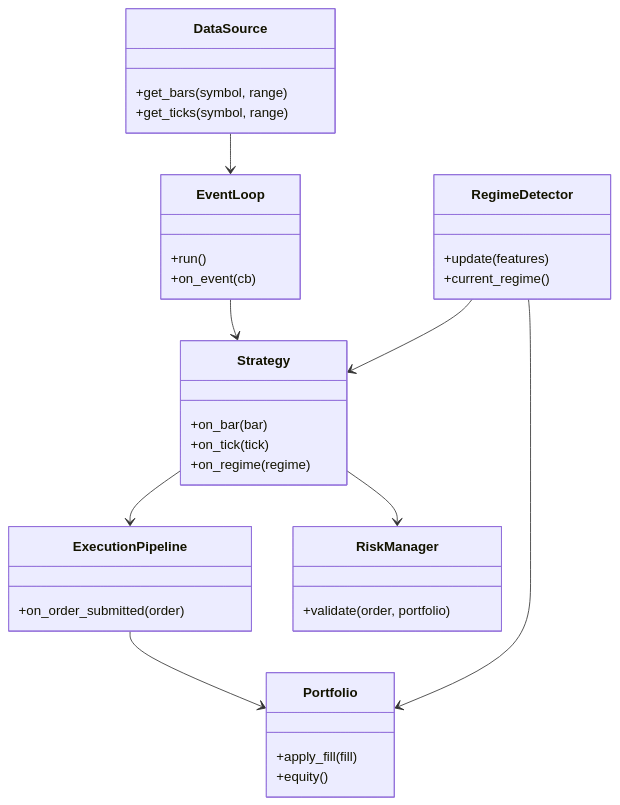
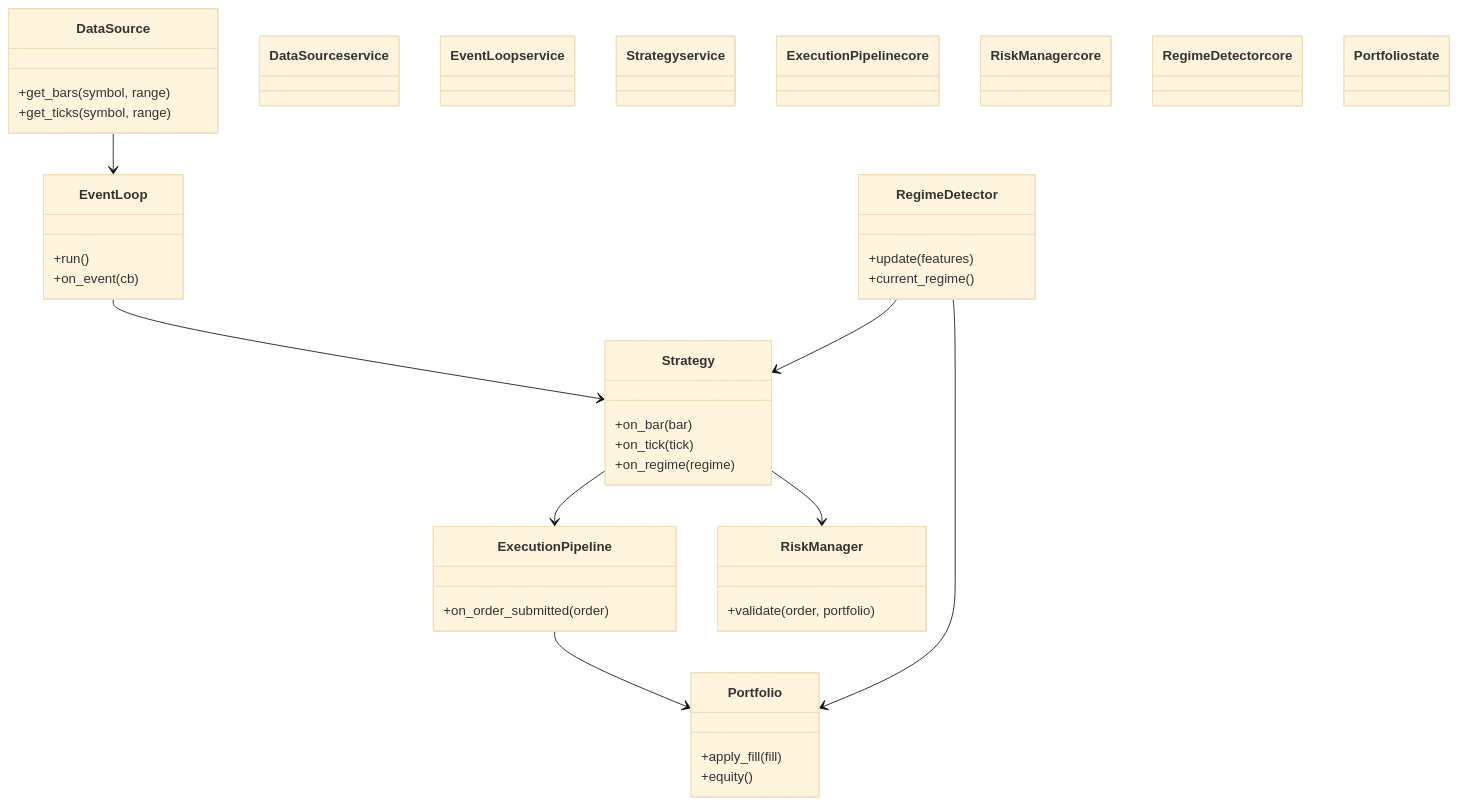
Before and after one commit to gregorian-09/regime-flow: the diagram in docs/diagrams/uml-class-diagram.md, drawn with Mermaid. The commit also changed 7 other files, not shown here.

Commit message:
docs(diagrams): improve mermaid rendering and styling

````diff
--- a/docs/diagrams/uml-class-diagram.md
+++ b/docs/diagrams/uml-class-diagram.md
@@ -3,44 +3,57 @@
 ```mermaid
+%%{init: {"theme": "base"}}%%
 classDiagram
+  classDef service fill:#113247,stroke:#f2c14e,color:#f8fbfd,stroke-width:2px;
+  classDef core fill:#1d5c63,stroke:#a7d8c9,color:#f8fbfd,stroke-width:2px;
+  classDef state fill:#f4efe6,stroke:#d17b49,color:#173042,stroke-width:2px;
+
   class DataSource {
     +get_bars(symbol, range)
     +get_ticks(symbol, range)
   }
 
   class EventLoop {
     +run()
     +on_event(cb)
   }
 
   class Strategy {
     +on_bar(bar)
     +on_tick(tick)
     +on_regime(regime)
   }
 
   class ExecutionPipeline {
     +on_order_submitted(order)
   }
 
   class RiskManager {
     +validate(order, portfolio)
   }
 
   class RegimeDetector {
     +update(features)
     +current_regime()
   }
 
   class Portfolio {
     +apply_fill(fill)
     +equity()
   }
 
   DataSource --> EventLoop
   EventLoop --> Strategy
   Strategy --> ExecutionPipeline
   ExecutionPipeline --> Portfolio
   Strategy --> RiskManager
   RegimeDetector --> Strategy
   RegimeDetector --> Portfolio
+
+  class DataSource service
+  class EventLoop service
+  class Strategy service
+  class ExecutionPipeline core
+  class RiskManager core
+  class RegimeDetector core
+  class Portfolio state
 ```
````
